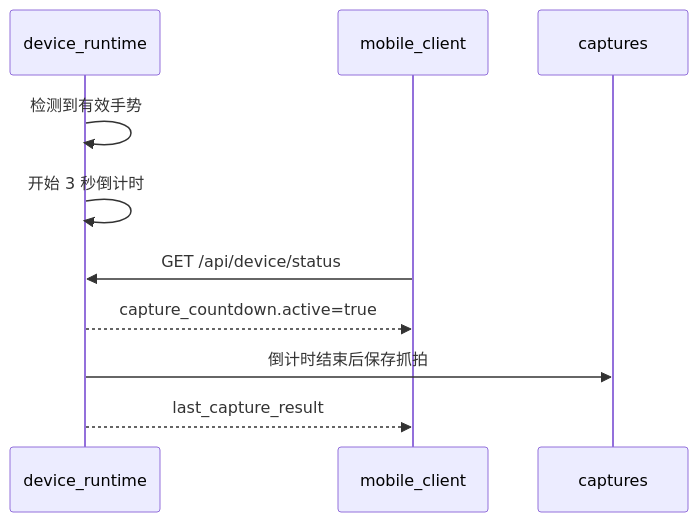
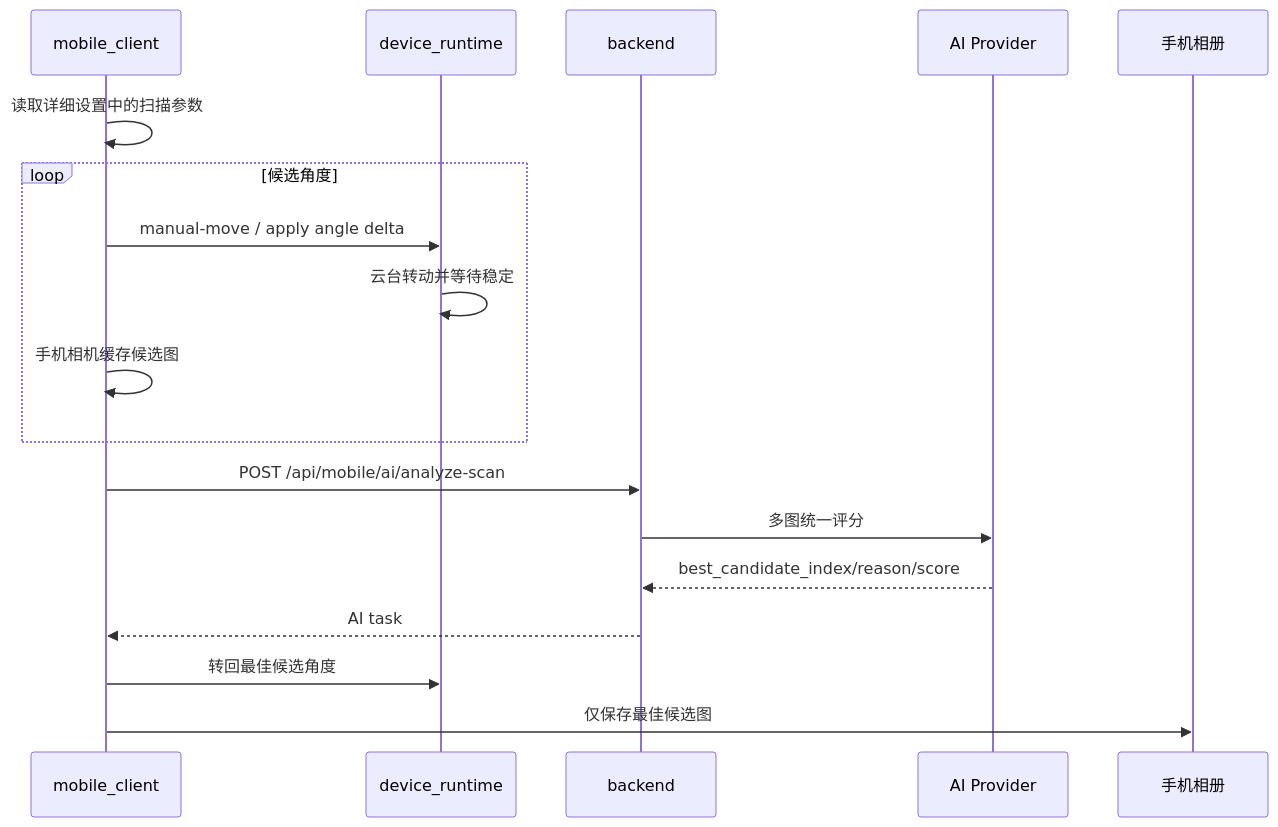
One commit to LiPeiCong60/Camera-Assistant-System changed the fifth of 5 diagrams in docs/统一采集存储与协同流程.md. Above: the diagram before and after it, drawn with Mermaid. The commit also changed other lines of this file and 41 other files, not shown here.

Commit message:
docs: align documentation with current architecture

````diff
--- a/docs/统一采集存储与协同流程.md
+++ b/docs/统一采集存储与协同流程.md
@@ -51,13 +111,21 @@
 ```mermaid
 sequenceDiagram
+  participant App as mobile_client
   participant Runtime as device_runtime
-  participant App as mobile_client
-  participant Disk as captures
+  participant Backend as backend
+  participant AI as AI Provider
+  participant Gallery as 手机相册
 
-  Runtime->>Runtime: 检测到有效手势
-  Runtime->>Runtime: 开始 3 秒倒计时
-  App->>Runtime: GET /api/device/status
-  Runtime-->>App: capture_countdown.active=true
-  Runtime->>Disk: 倒计时结束后保存抓拍
-  Runtime-->>App: last_capture_result
+  App->>App: 读取详细设置中的扫描参数
+  loop 候选角度
+    App->>Runtime: manual-move / apply angle delta
+    Runtime->>Runtime: 云台转动并等待稳定
+    App->>App: 手机相机缓存候选图
+  end
+  App->>Backend: POST /api/mobile/ai/analyze-scan
+  Backend->>AI: 多图统一评分
+  AI-->>Backend: best_candidate_index/reason/score
+  Backend-->>App: AI task
+  App->>Runtime: 转回最佳候选角度
+  App->>Gallery: 仅保存最佳候选图
 ```
````
